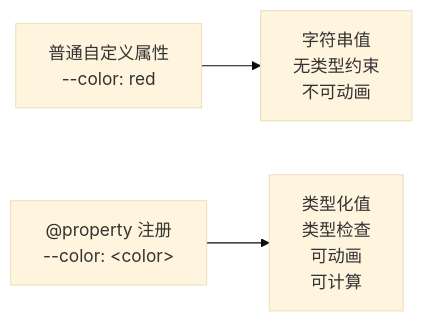
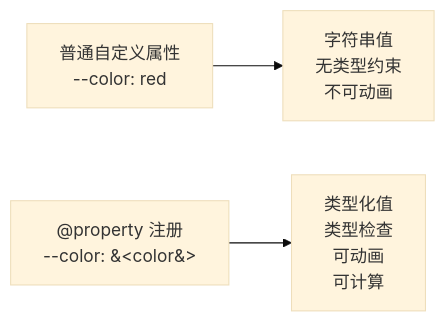
One commit to zhangzhengyang27/tech-codex changed the seventh of 7 diagrams in docs/04-前端/01-CSS/01-CSS基础/04-属性与值.md. Above: the diagram before and after it, drawn with Mermaid (base theme). The commit also changed 195 other files, not shown here.

````diff
--- a/docs/04-前端/01-CSS/01-CSS基础/04-属性与值.md
+++ b/docs/04-前端/01-CSS/01-CSS基础/04-属性与值.md
@@ -2561,6 +2561,6 @@
 ```mermaid
 flowchart LR
     A["普通自定义属性<br/>--color: red"] --> B["字符串值<br/>无类型约束<br/>不可动画"]
-    C["@property 注册<br/>--color: &lt;color&gt;"] --> D["类型化值<br/>类型检查<br/>可动画<br/>可计算"]
+    C["@property 注册<br/>--color: &#60;color&#62;"] --> D["类型化值<br/>类型检查<br/>可动画<br/>可计算"]
 
 ```
````
